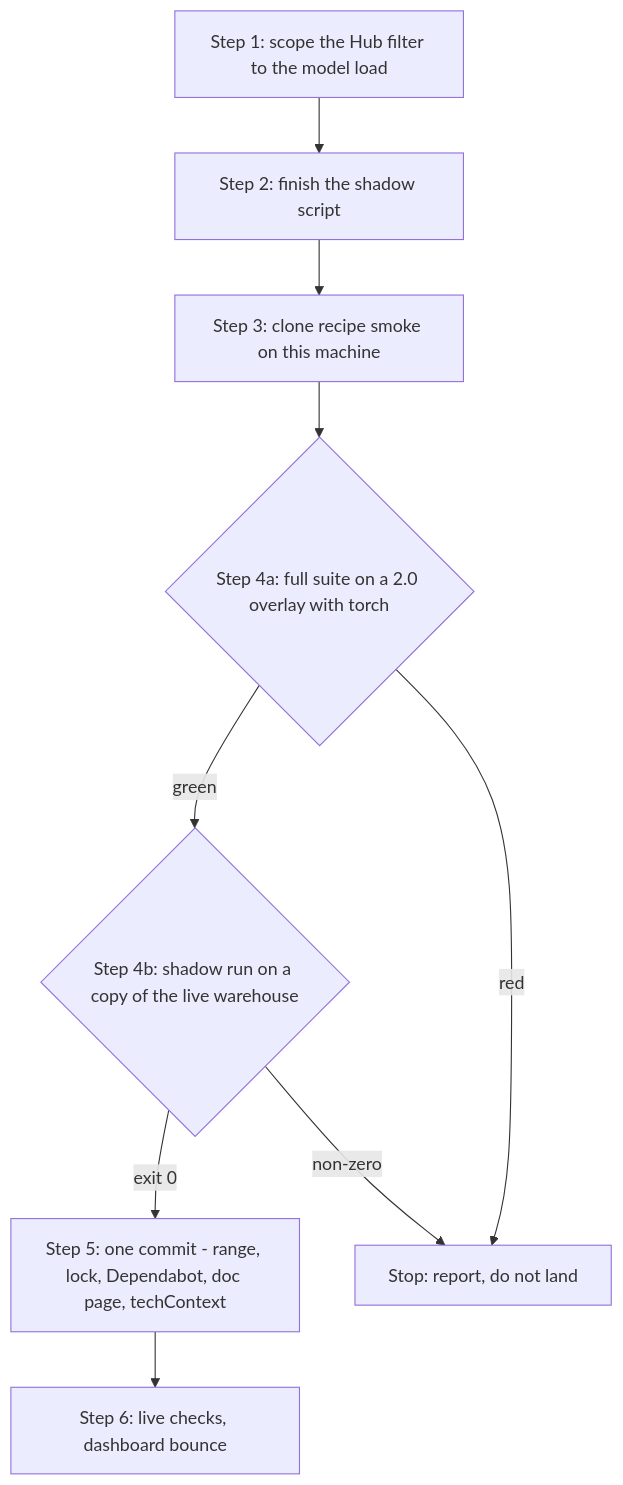
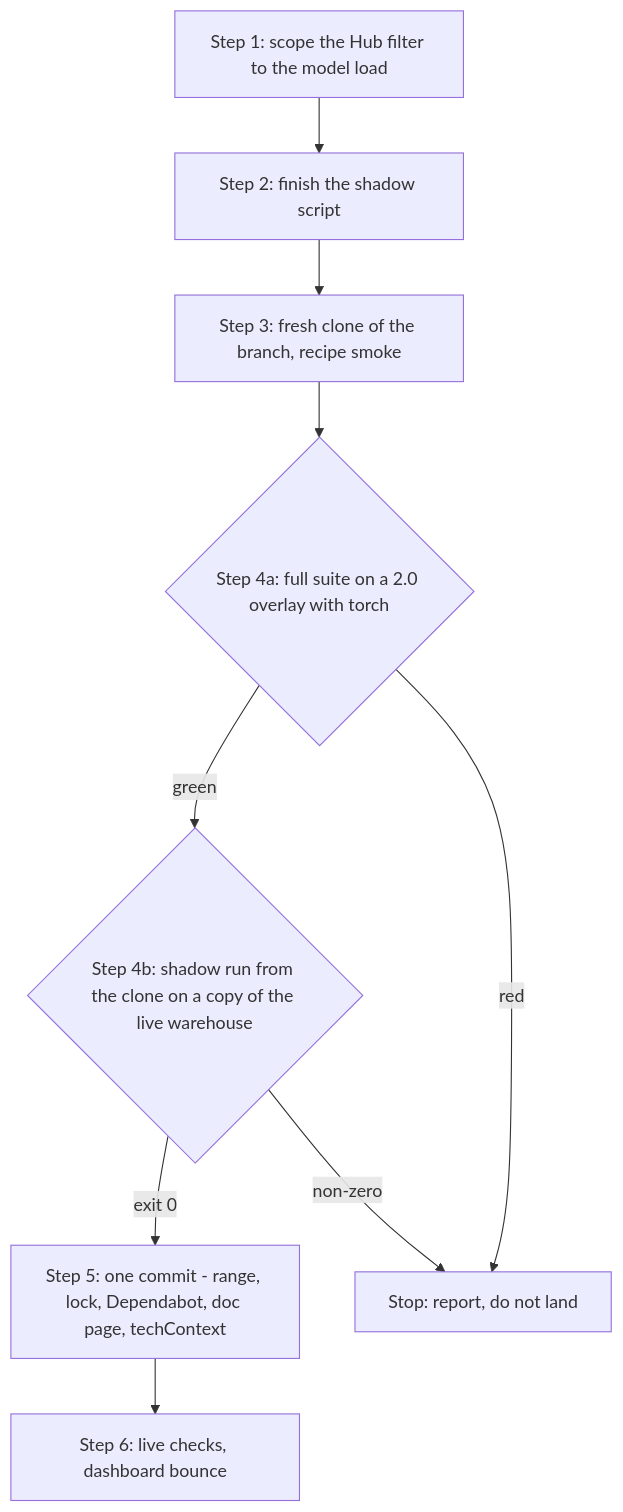
The diagram in memory-bank/active/tasks.md (Texarkanine/stockroom), drawn with Mermaid before and after one commit. The commit also changed other lines of this file and 11 other files, not shown here.

````diff
--- a/memory-bank/active/tasks.md
+++ b/memory-bank/active/tasks.md
@@ -15,17 +15,17 @@
 ```mermaid
 flowchart TD
   fix[Step 1: scope the Hub filter to the model load]
   shadow[Step 2: finish the shadow script]
-  clone[Step 3: clone recipe smoke on this machine]
+  clone[Step 3: fresh clone of the branch, recipe smoke]
   gateA{Step 4a: full suite on a 2.0 overlay with torch}
-  gateB{Step 4b: shadow run on a copy of the live warehouse}
+  gateB{Step 4b: shadow run from the clone on a copy of the live warehouse}
   move[Step 5: one commit - range, lock, Dependabot, doc page, techContext]
   live[Step 6: live checks, dashboard bounce]
   stop[Stop: report, do not land]
   fix --> shadow --> clone --> gateA
   gateA -->|green| gateB
   gateA -->|red| stop
   gateB -->|exit 0| move
   gateB -->|non-zero| stop
   move --> live
 ```
````
